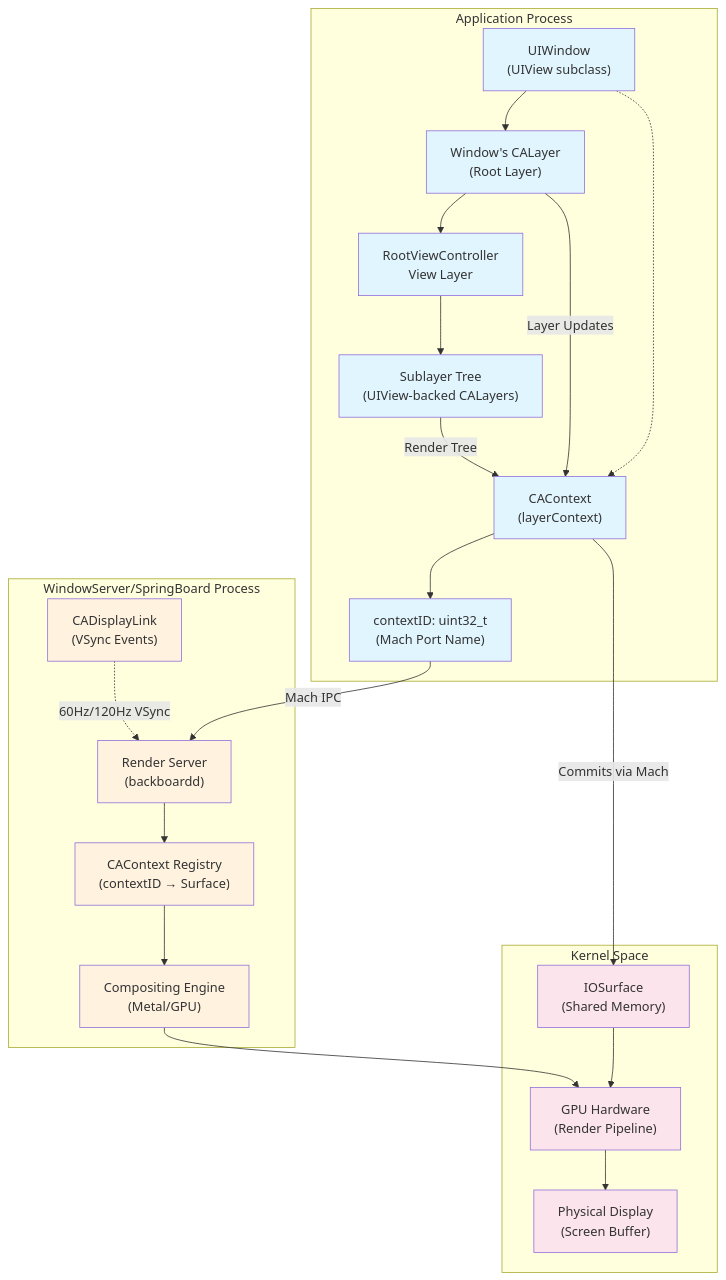
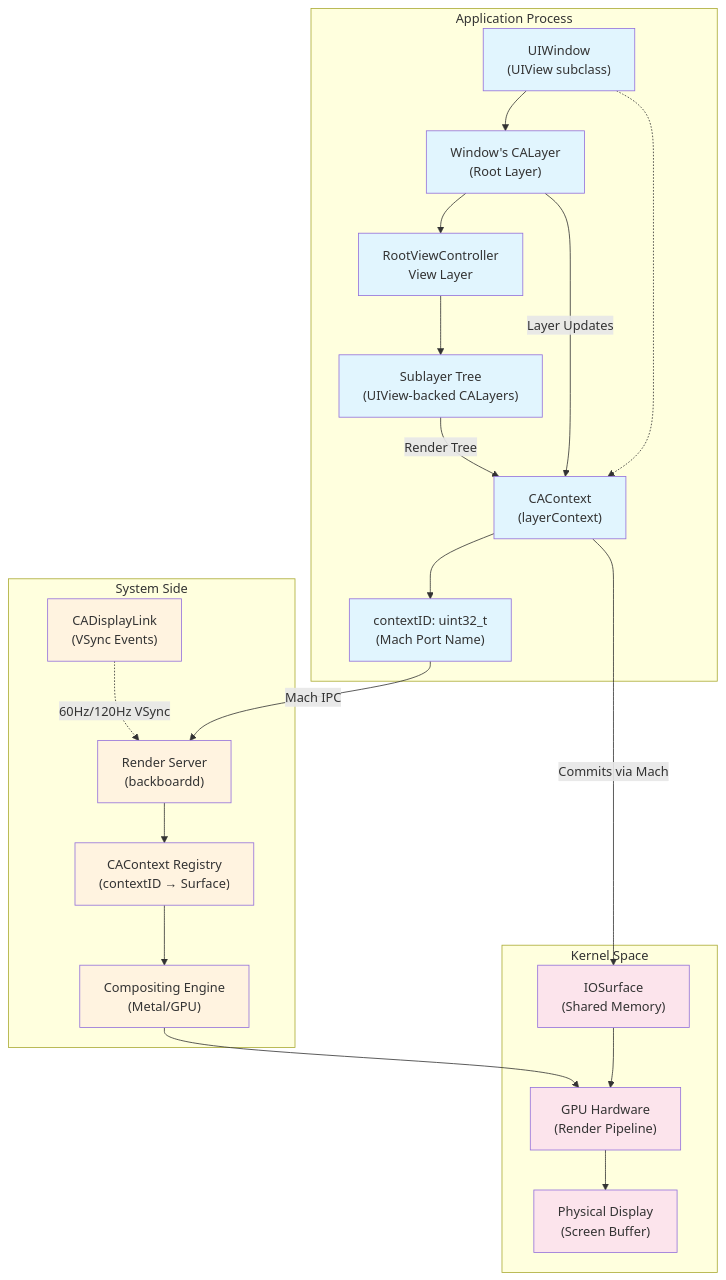
The second of 4 diagrams in README.md (EthanArbuckle/ios-rendering-docs), drawn with Mermaid before and after one commit.

Commit message:
tweak diagram

````diff
--- a/README.md
+++ b/README.md
@@ -167,51 +167,51 @@
 ```mermaid
 graph TB
     subgraph "Application Process"
         UIWindow["UIWindow<br/>(UIView subclass)"]
         WindowLayer["Window's CALayer<br/>(Root Layer)"]
         RootVCLayer["RootViewController<br/>View Layer"]
         SubLayers["Sublayer Tree<br/>(UIView-backed CALayers)"]
         CAContext["CAContext<br/>(layerContext)"]
         ContextID["contextID: uint32_t<br/>(Mach Port Name)"]
     end
     
-    subgraph "WindowServer/SpringBoard Process"
+    subgraph "System Side"
         RenderServer["Render Server<br/>(backboardd)"]
         CAContextRegistry["CAContext Registry<br/>(contextID → Surface)"]
         CompositingEngine["Compositing Engine<br/>(Metal/GPU)"]
         DisplayLink["CADisplayLink<br/>(VSync Events)"]
     end
     
     subgraph "Kernel Space"
         IOSurface["IOSurface<br/>(Shared Memory)"]
         GPU["GPU Hardware<br/>(Render Pipeline)"]
         Display["Physical Display<br/>(Screen Buffer)"]
     end
     
     UIWindow --> WindowLayer
     WindowLayer --> RootVCLayer
     RootVCLayer --> SubLayers
     UIWindow -.-> CAContext
     CAContext --> ContextID
     
     ContextID -->|"Mach IPC"| RenderServer
     RenderServer --> CAContextRegistry
     CAContextRegistry --> CompositingEngine
     
     WindowLayer -->|"Layer Updates"| CAContext
     SubLayers -->|"Render Tree"| CAContext
     CAContext -->|"Commits via Mach"| IOSurface
     
     DisplayLink -.->|"60Hz/120Hz VSync"| RenderServer
     CompositingEngine --> GPU
     IOSurface --> GPU
     GPU --> Display
     
     classDef appProcess fill:#e1f5fe
     classDef systemProcess fill:#fff3e0
     classDef kernel fill:#fce4ec
     
     class UIWindow,WindowLayer,RootVCLayer,SubLayers,CAContext,ContextID appProcess
     class RenderServer,CAContextRegistry,CompositingEngine,DisplayLink systemProcess
     class IOSurface,GPU,Display kernel
 ```
````
